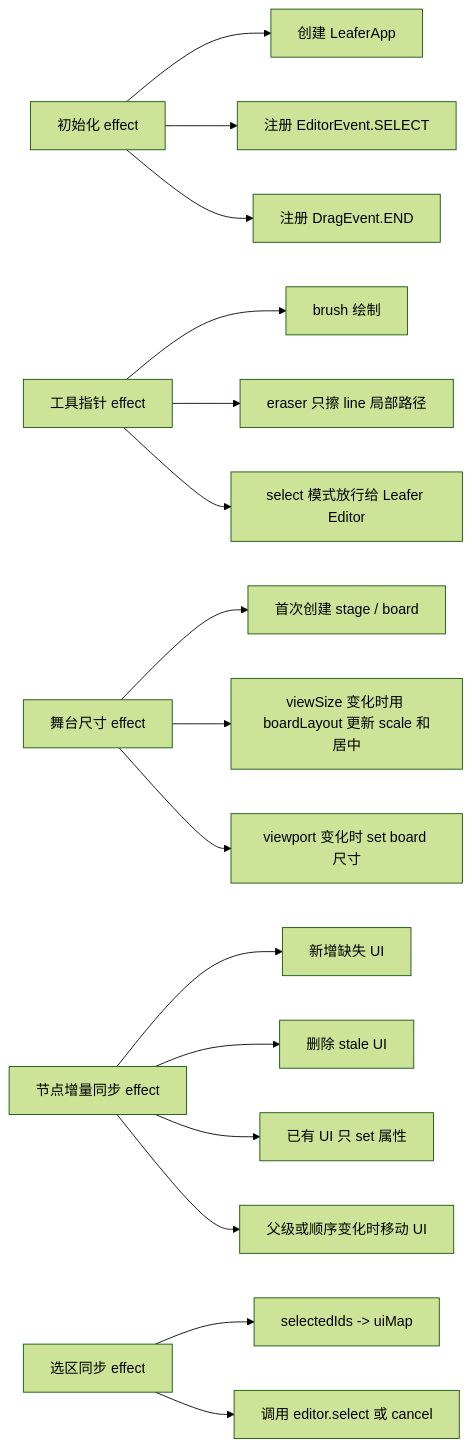
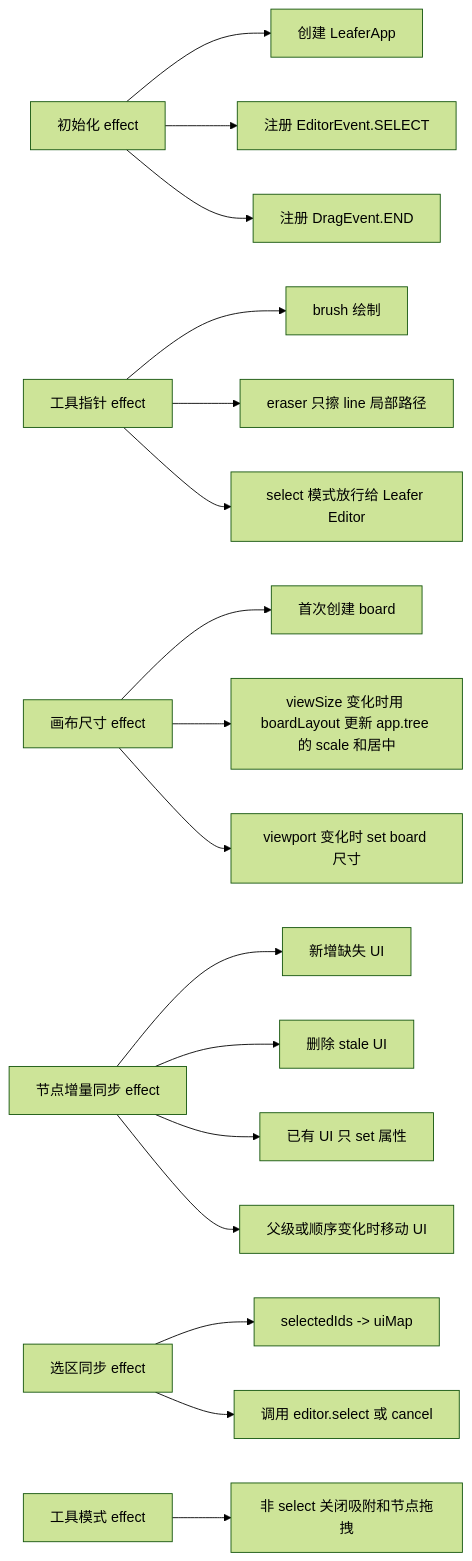
One commit to Tajigaqzh/paint-canvas changed the second of 14 diagrams in docs/useLeaferCanvas-logic.md. Above: the diagram before and after it, drawn with Mermaid (forest theme). The commit also changed other lines of this file and 32 other files, not shown here.

````diff
--- a/docs/useLeaferCanvas-logic.md
+++ b/docs/useLeaferCanvas-logic.md
@@ -54,22 +59,24 @@
 ```mermaid
 flowchart LR
   A[初始化 effect] --> A1[创建 LeaferApp]
   A --> A2[注册 EditorEvent.SELECT]
   A --> A3[注册 DragEvent.END]
 
   B[工具指针 effect] --> B1[brush 绘制]
   B --> B2[eraser 只擦 line 局部路径]
   B --> B3[select 模式放行给 Leafer Editor]
 
-  C[舞台尺寸 effect] --> C1[首次创建 stage / board]
-  C --> C2[viewSize 变化时用 boardLayout 更新 scale 和居中]
+  C[画布尺寸 effect] --> C1[首次创建 board]
+  C --> C2[viewSize 变化时用 boardLayout 更新 app.tree 的 scale 和居中]
   C --> C3[viewport 变化时 set board 尺寸]
 
   D[节点增量同步 effect] --> D1[新增缺失 UI]
   D --> D2[删除 stale UI]
   D --> D3[已有 UI 只 set 属性]
   D --> D4[父级或顺序变化时移动 UI]
 
   E[选区同步 effect] --> E1[selectedIds -> uiMap]
   E --> E2[调用 editor.select 或 cancel]
+
+  F[工具模式 effect] --> F1[非 select 关闭吸附和节点拖拽]
 ```
````
